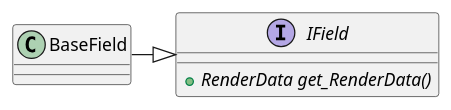
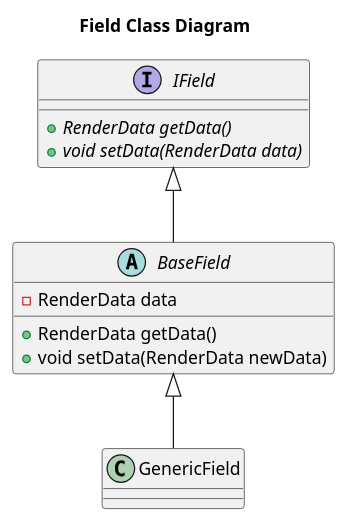
One commit to dgitz/eros changed the diagram in doc/SystemMonitor/FieldClassDiagram.puml. Above: the diagram before and after it, drawn with PlantUML. The commit also changed 9 other files, not shown here.

```diff
--- a/doc/SystemMonitor/FieldClassDiagram.puml
+++ b/doc/SystemMonitor/FieldClassDiagram.puml
@@ -1,11 +1,19 @@
 @startuml
+title "Field Class Diagram"
 interface IField {
-    +{abstract} RenderData get_RenderData()
+    +{abstract} RenderData getData()
+    +{abstract} void setData(RenderData data)
 
 }
-class BaseField {
+abstract BaseField {
+    +RenderData getData()
+    +void setData(RenderData newData)
+    -RenderData data
 
 }
-BaseField -|> IField
+IField <|-- BaseField
+class GenericField {
 
+}
+BaseField <|-- GenericField
 @enduml
```
